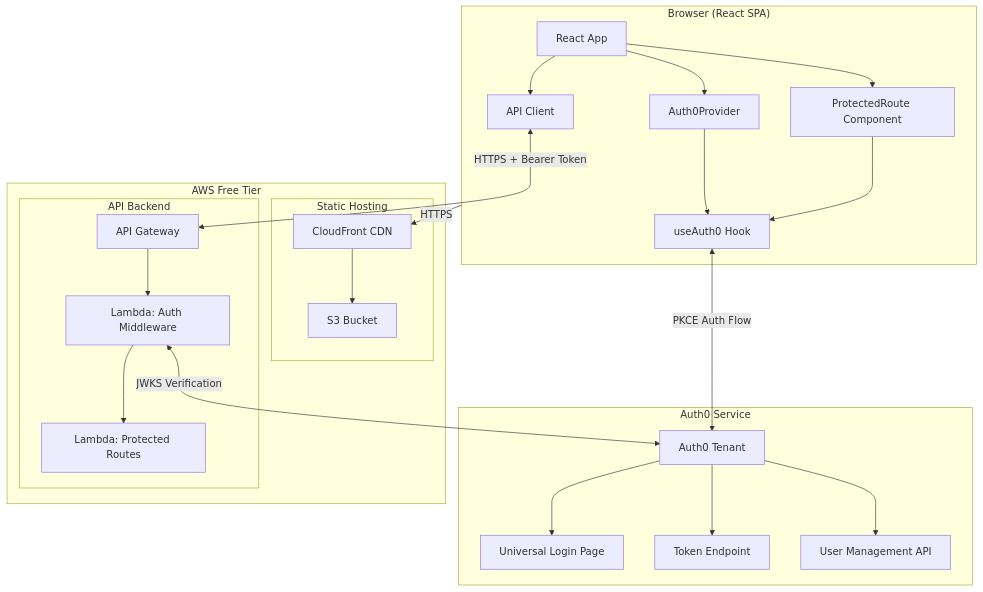
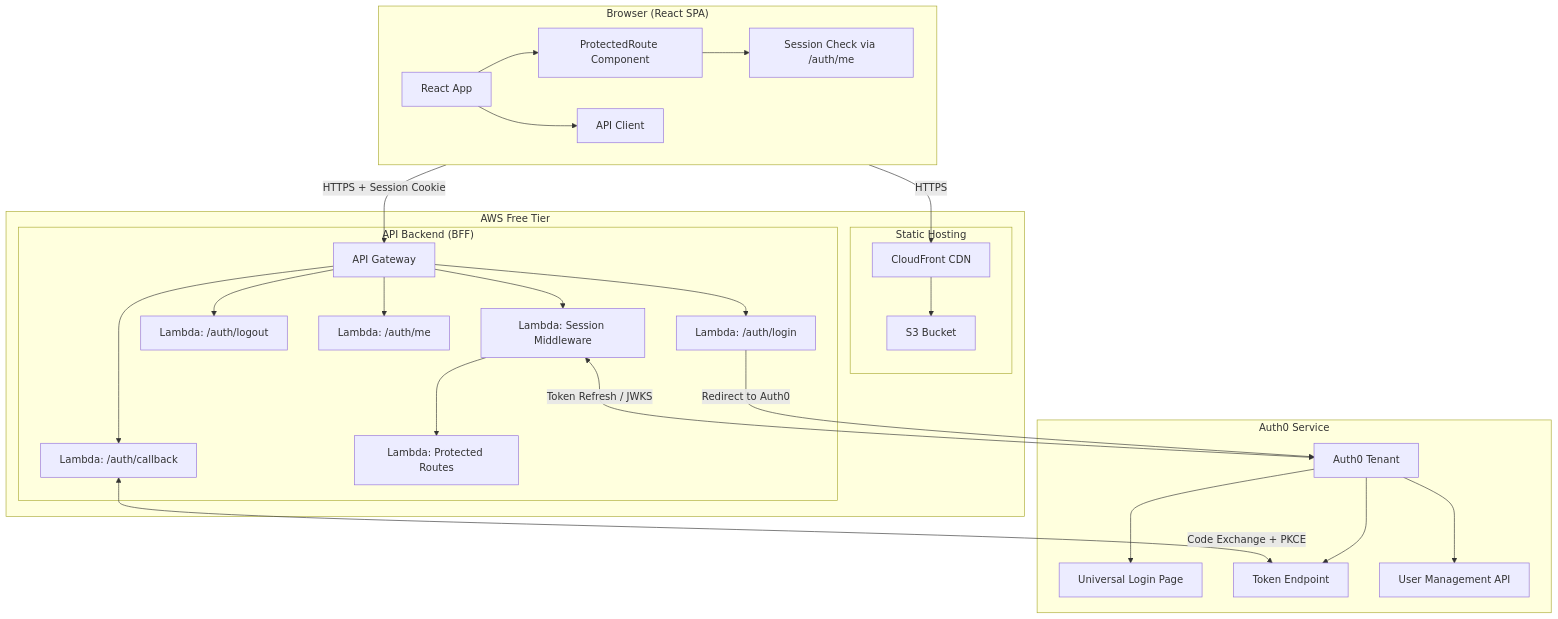
The first of 5 diagrams in .kiro/specs/music-group-app/design.md (david-carlier/ruada-app), drawn with Mermaid before and after one commit. The commit also changed other lines of this file and 48 other files, not shown here.

````diff
--- a/.kiro/specs/music-group-app/design.md
+++ b/.kiro/specs/music-group-app/design.md
@@ -28,35 +31,38 @@
 ```mermaid
 graph TB
     subgraph Client ["Browser (React SPA)"]
-        A[React App] --> B[Auth0Provider]
-        B --> C[useAuth0 Hook]
-        A --> D[ProtectedRoute Component]
-        D --> C
+        A[React App] --> D[ProtectedRoute Component]
+        D --> SC[Session Check via /auth/me]
         A --> E[API Client]
+    end
+
+    subgraph AWS ["AWS Free Tier"]
+        subgraph Hosting ["Static Hosting"]
+            CF[CloudFront CDN]
+            S3[S3 Bucket]
+            CF --> S3
+        end
+        subgraph API ["API Backend (BFF)"]
+            APIGW[API Gateway]
+            APIGW --> AuthLogin[Lambda: /auth/login]
+            APIGW --> AuthCallback[Lambda: /auth/callback]
+            APIGW --> AuthLogout[Lambda: /auth/logout]
+            APIGW --> AuthMe[Lambda: /auth/me]
+            APIGW --> L1[Lambda: Session Middleware]
+            L1 --> L2[Lambda: Protected Routes]
+        end
     end
 
     subgraph Auth0 ["Auth0 Service"]
         F[Auth0 Tenant]
         F --> G[Universal Login Page]
         F --> H[Token Endpoint]
         F --> I[User Management API]
     end
 
-    subgraph AWS ["AWS Free Tier"]
-        subgraph Hosting ["Static Hosting"]
-            CF[CloudFront CDN]
-            S3[S3 Bucket]
-            CF --> S3
-        end
-        subgraph API ["API Backend"]
-            APIGW[API Gateway]
-            APIGW --> L1[Lambda: Auth Middleware]
-            L1 --> L2[Lambda: Protected Routes]
-        end
-    end
-
     Client -->|"HTTPS"| CF
-    C <-->|"PKCE Auth Flow"| F
-    E <-->|"HTTPS + Bearer Token"| APIGW
-    L1 <-->|"JWKS Verification"| F
+    Client -->|"HTTPS + Session Cookie"| APIGW
+    AuthLogin -->|"Redirect to Auth0"| F
+    AuthCallback <-->|"Code Exchange + PKCE"| H
+    L1 <-->|"Token Refresh / JWKS"| F
 ```
````
